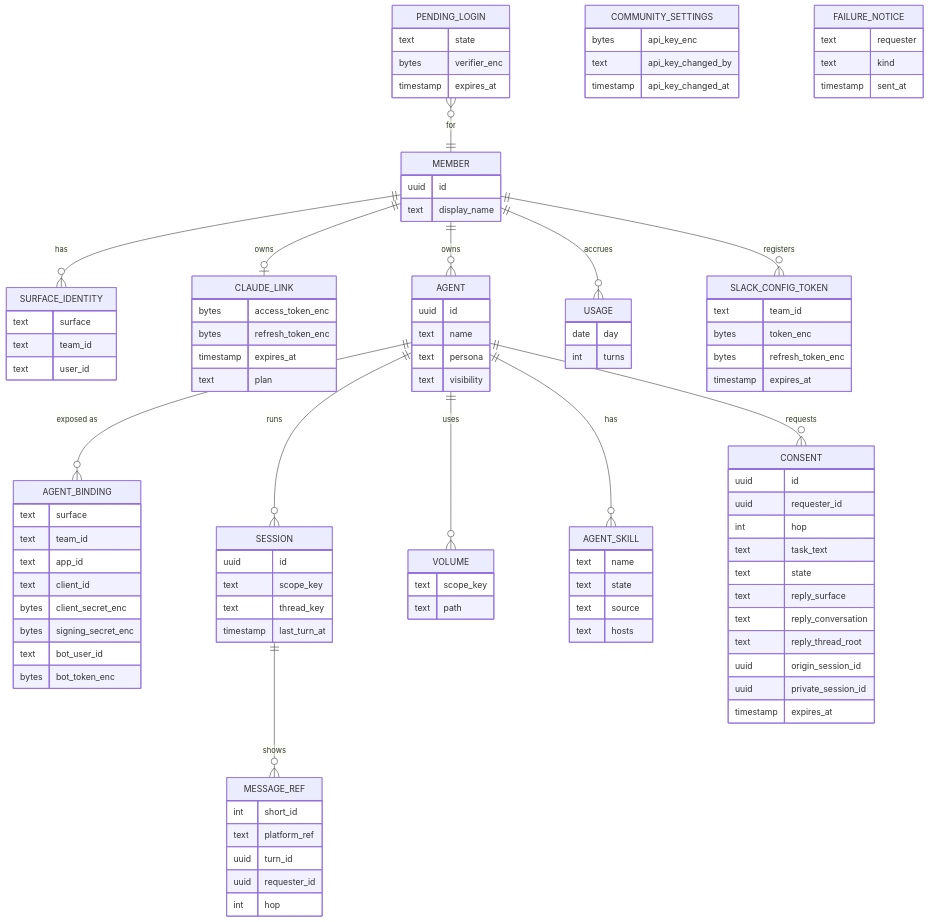
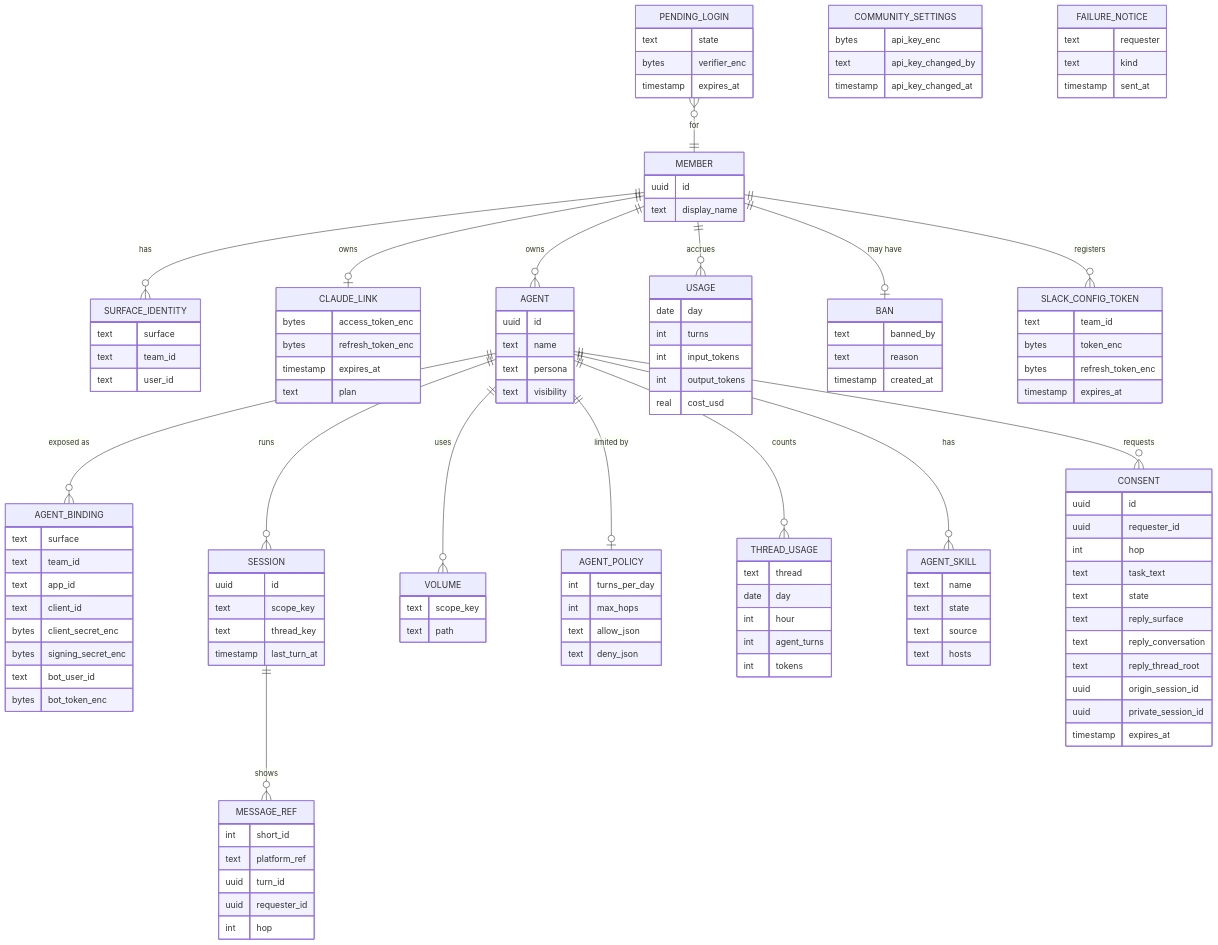
Before and after one commit to agentsky/agent-core: the seventh of 7 diagrams in docs/design.md, drawn with Mermaid. The commit also changed other lines of this file and 52 other files, not shown here.

```diff
--- a/docs/design.md
+++ b/docs/design.md
@@ -654,6 +657,9 @@
     SESSION ||--o{ MESSAGE_REF : shows
     AGENT ||--o{ VOLUME : uses
     MEMBER ||--o{ USAGE : accrues
+    MEMBER ||--o| BAN : "may have"
+    AGENT ||--o| AGENT_POLICY : "limited by"
+    AGENT ||--o{ THREAD_USAGE : counts
     MEMBER ||--o{ SLACK_CONFIG_TOKEN : registers
     AGENT ||--o{ AGENT_SKILL : has
     PENDING_LOGIN }o--|| MEMBER : for
@@ -735,6 +741,27 @@
     USAGE {
         date day
         int turns
+        int input_tokens
+        int output_tokens
+        real cost_usd
+    }
+    AGENT_POLICY {
+        int turns_per_day
+        int max_hops
+        text allow_json
+        text deny_json
+    }
+    THREAD_USAGE {
+        text thread
+        date day
+        int hour
+        int agent_turns
+        int tokens
+    }
+    BAN {
+        text banned_by
+        text reason
+        timestamp created_at
     }
     PENDING_LOGIN {
         text state
```
